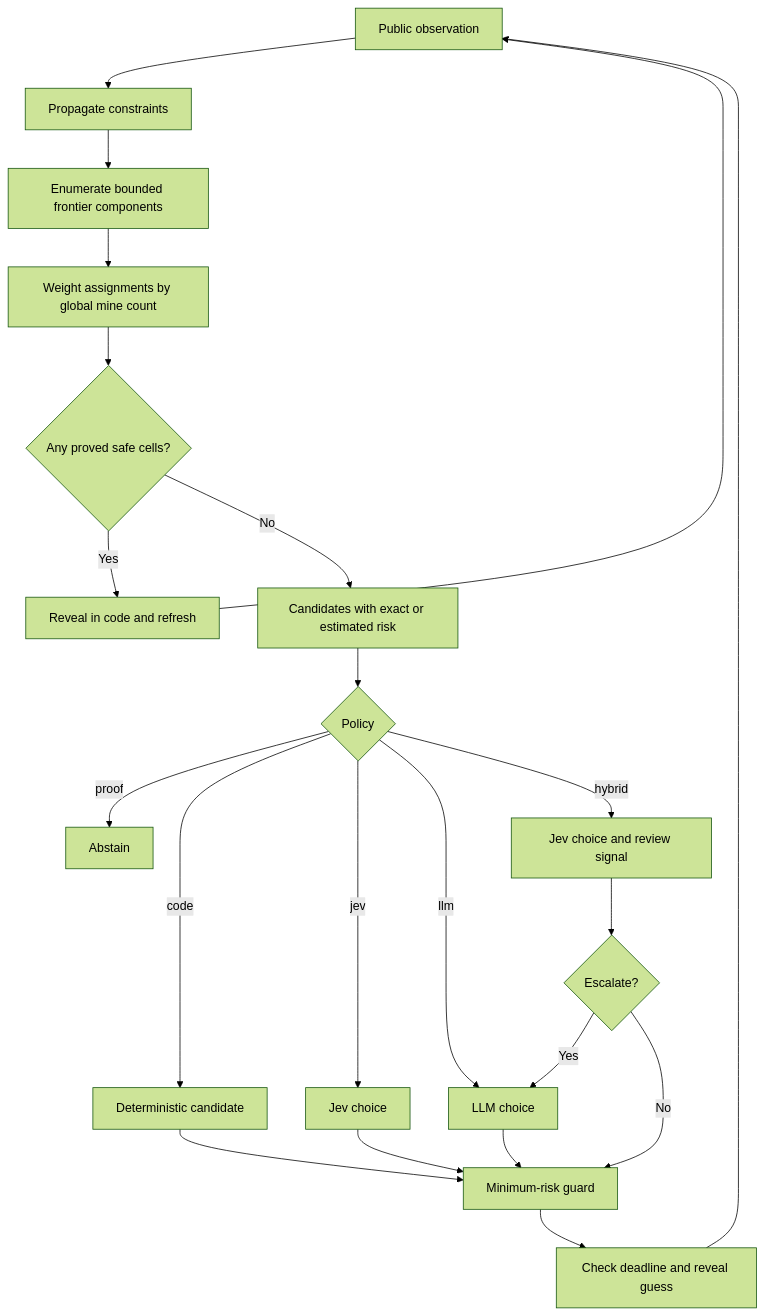
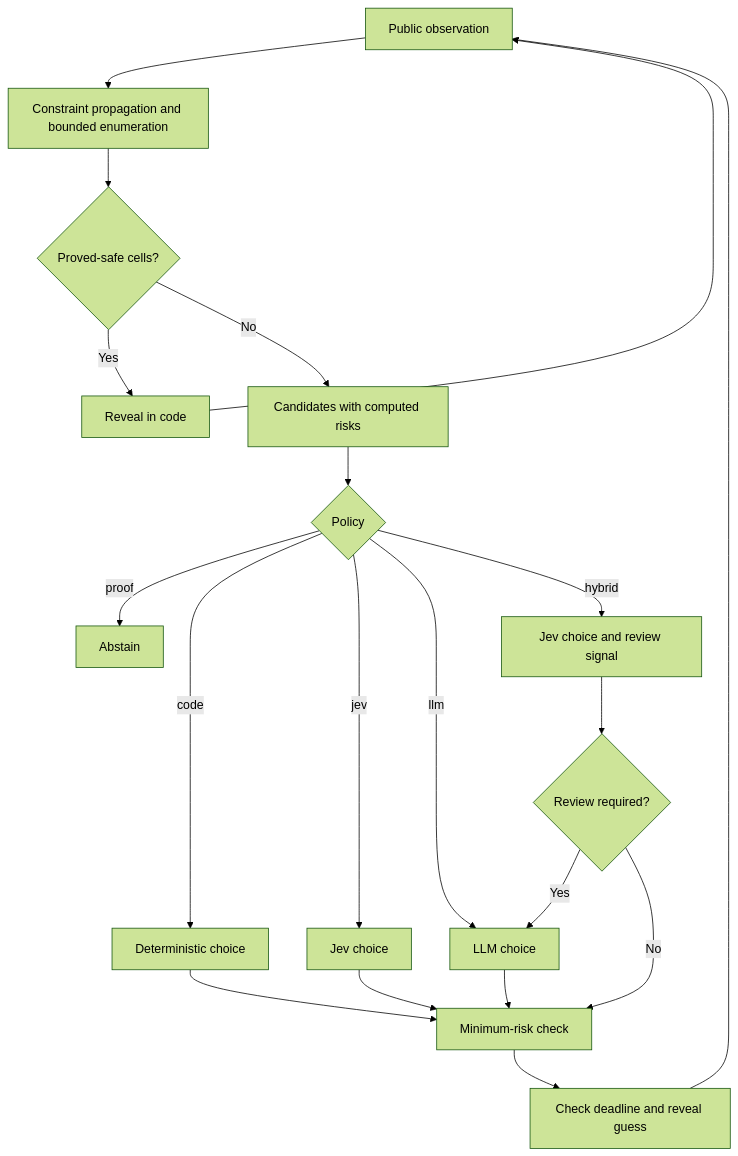
One commit to imom39a/minesweeper-thinking-lab changed the diagram in docs/architecture.md. Above: the diagram before and after it, drawn with Mermaid (forest theme). The commit also changed other lines of this file and 11 other files, not shown here.

````diff
--- a/docs/architecture.md
+++ b/docs/architecture.md
@@ -53,24 +35,22 @@
 ```mermaid
 flowchart TD
-    A[Public observation] --> B[Propagate constraints]
-    B --> C[Enumerate bounded frontier components]
-    C --> D[Weight assignments by global mine count]
-    D --> E{Any proved safe cells?}
-    E -->|Yes| F[Reveal in code and refresh]
-    F --> A
-    E -->|No| G[Candidates with exact or estimated risk]
-    G --> H{Policy}
-    H -->|proof| I[Abstain]
-    H -->|code| J[Deterministic candidate]
-    H -->|jev| K[Jev choice]
-    H -->|llm| L[LLM choice]
-    H -->|hybrid| M[Jev choice and review signal]
-    M --> N{Escalate?}
-    N -->|Yes| L
-    N -->|No| O[Minimum-risk guard]
-    J --> O
-    K --> O
-    L --> O
-    O --> P[Check deadline and reveal guess]
-    P --> A
+    A[Public observation] --> B[Constraint propagation and bounded enumeration]
+    B --> C{Proved-safe cells?}
+    C -->|Yes| D[Reveal in code]
+    D --> A
+    C -->|No| E[Candidates with computed risks]
+    E --> F{Policy}
+    F -->|proof| G[Abstain]
+    F -->|code| H[Deterministic choice]
+    F -->|jev| I[Jev choice]
+    F -->|llm| J[LLM choice]
+    F -->|hybrid| K[Jev choice and review signal]
+    K --> L{Review required?}
+    L -->|Yes| J
+    L -->|No| M[Minimum-risk check]
+    H --> M
+    I --> M
+    J --> M
+    M --> N[Check deadline and reveal guess]
+    N --> A
 ```
````
